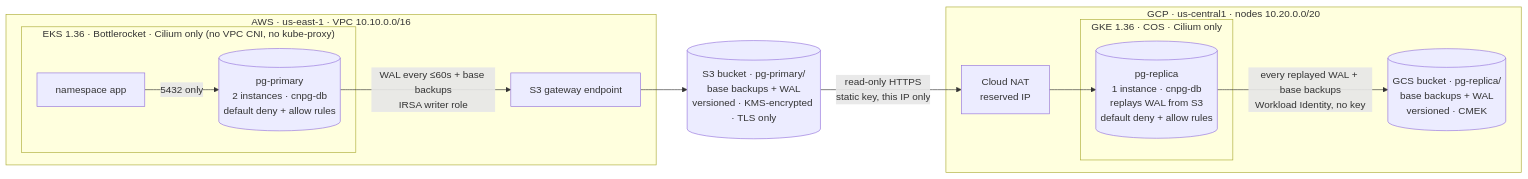
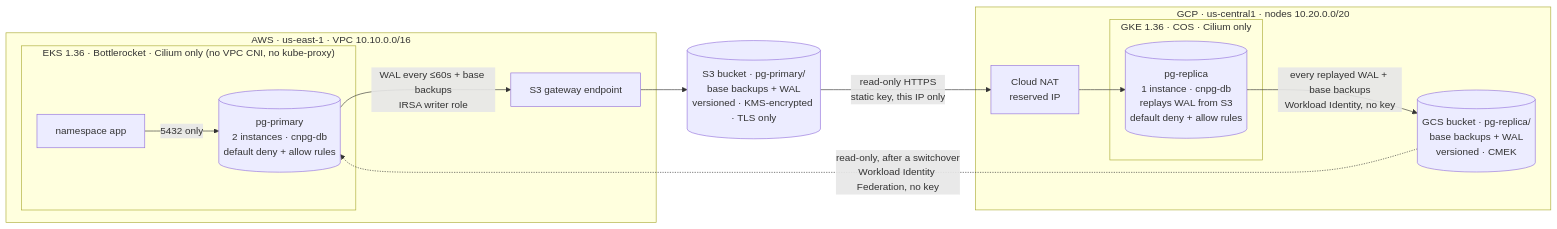
The diagram in README.md (william-stewart/poc-multicloud-postgres), drawn with Mermaid before and after one commit. The commit also changed other lines of this file and 9 other files, not shown here.

````diff
--- a/README.md
+++ b/README.md
@@ -9,27 +12,28 @@
 ```mermaid
 flowchart LR
   subgraph AWS["AWS · us-east-1 · VPC 10.10.0.0/16"]
     subgraph EKS["EKS 1.36 · Bottlerocket · Cilium only (no VPC CNI, no kube-proxy)"]
       app["namespace app"]
       primary[("pg-primary<br/>2 instances · cnpg-db<br/>default deny + allow rules")]
     end
     vpce["S3 gateway endpoint"]
   end
 
   s3[("S3 bucket · pg-primary/<br/>base backups + WAL<br/>versioned · KMS-encrypted · TLS only")]
 
   subgraph GCP["GCP · us-central1 · nodes 10.20.0.0/20"]
     subgraph GKE["GKE 1.36 · COS · Cilium only"]
       replica[("pg-replica<br/>1 instance · cnpg-db<br/>replays WAL from S3<br/>default deny + allow rules")]
     end
     nat["Cloud NAT<br/>reserved IP"]
     gcs[("GCS bucket · pg-replica/<br/>base backups + WAL<br/>versioned · CMEK")]
   end
 
   app -- "5432 only" --> primary
   primary -- "WAL every ≤60s + base backups<br/>IRSA writer role" --> vpce
   vpce --> s3
   s3 -- "read-only HTTPS<br/>static key, this IP only" --> nat
   nat --> replica
   replica -- "every replayed WAL + base backups<br/>Workload Identity, no key" --> gcs
+  gcs -. "read-only, after a switchover<br/>Workload Identity Federation, no key" .-> primary
 ```
````
